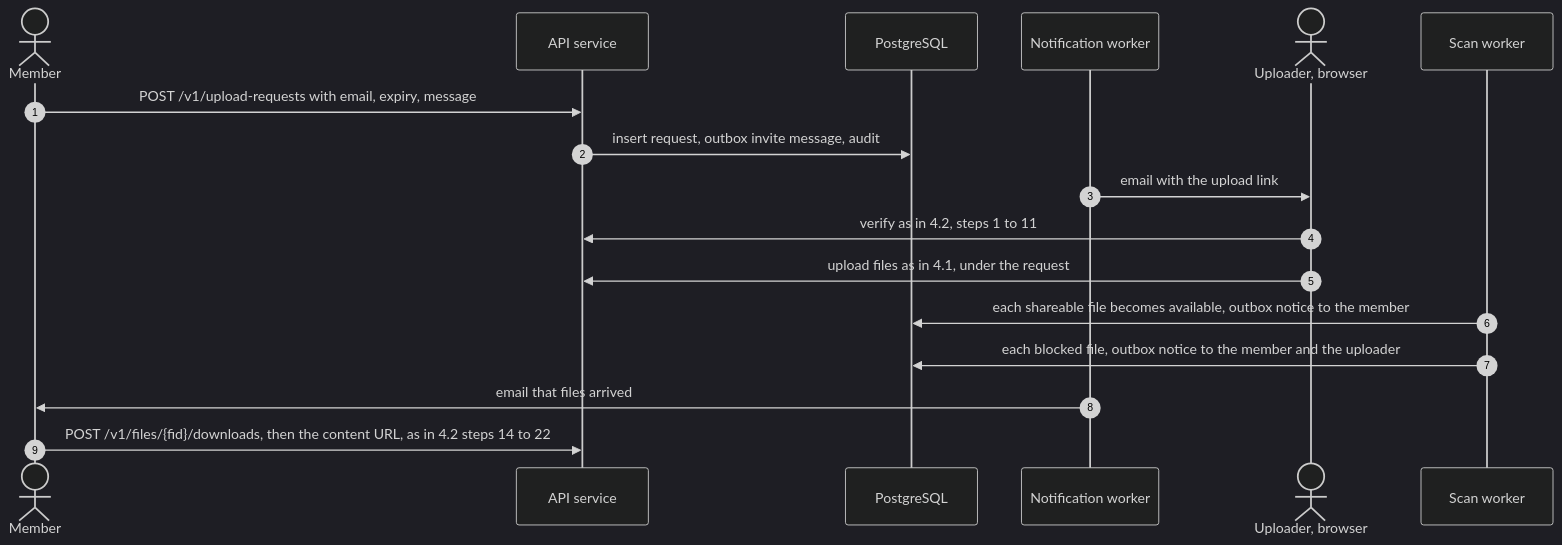
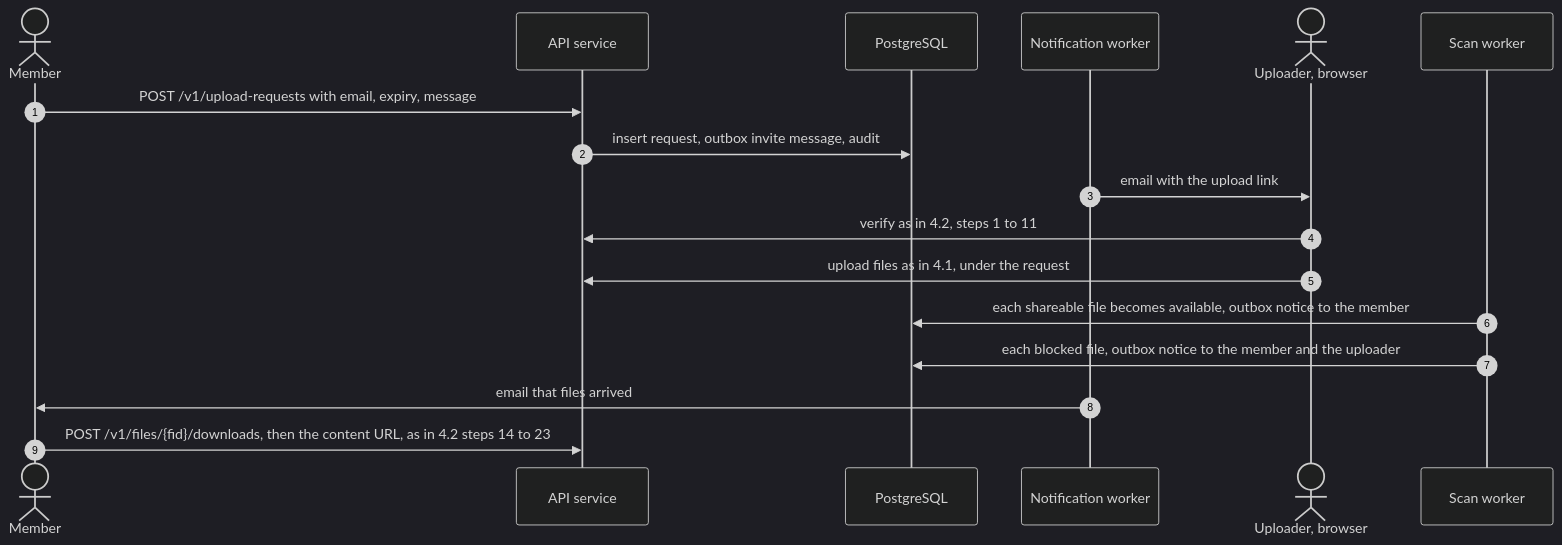
Before and after one commit to codewithmuh/secure-file-transfer: the sixth of 8 diagrams in docs/architecture.md, drawn with Mermaid (dark theme). The commit also changed other lines of this file and 28 other files, not shown here.

````diff
--- a/docs/architecture.md
+++ b/docs/architecture.md
@@ -422,19 +490,19 @@
 ```mermaid
 sequenceDiagram
     autonumber
     actor M as Member
     participant API as API service
     participant DB as PostgreSQL
     participant NW as Notification worker
     actor U as Uploader, browser
     participant SW as Scan worker
     M->>API: POST /v1/upload-requests with email, expiry, message
     API->>DB: insert request, outbox invite message, audit
     NW->>U: email with the upload link
     U->>API: verify as in 4.2, steps 1 to 11
     U->>API: upload files as in 4.1, under the request
     SW->>DB: each shareable file becomes available, outbox notice to the member
     SW->>DB: each blocked file, outbox notice to the member and the uploader
     NW->>M: email that files arrived
-    M->>API: POST /v1/files/{fid}/downloads, then the content URL, as in 4.2 steps 14 to 22
+    M->>API: POST /v1/files/{fid}/downloads, then the content URL, as in 4.2 steps 14 to 23
 ```
````
